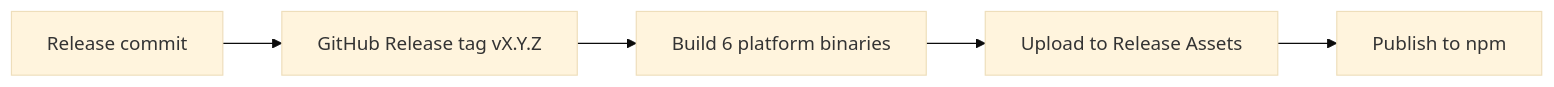
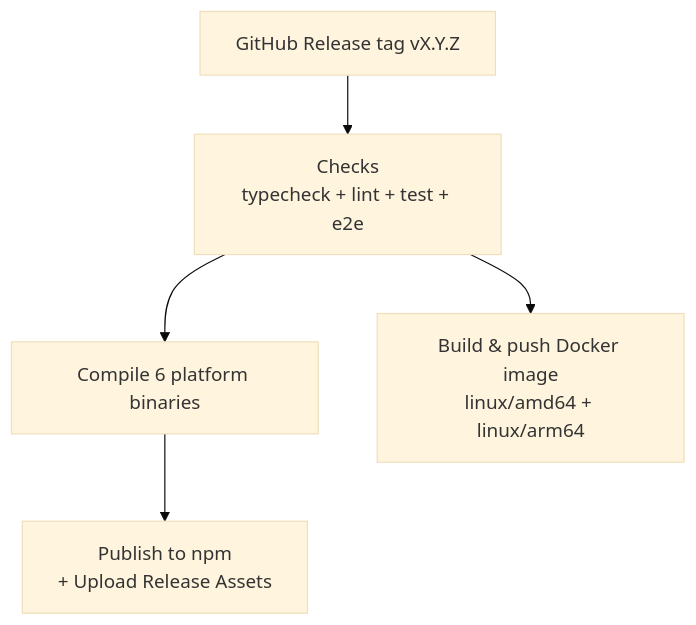
Before and after one commit to zamelee/GodeX: the diagram in wiki/09-deployment/ci-cd.md, drawn with Mermaid (base theme). The commit also changed other lines of this file and 3 other files, not shown here.

````diff
--- a/wiki/09-deployment/ci-cd.md
+++ b/wiki/09-deployment/ci-cd.md
@@ -20,10 +20,15 @@
 ```mermaid
-flowchart LR
-  COMMIT["Release commit"]
+flowchart TB
   TAG["GitHub Release tag vX.Y.Z"]
-  BUILD["Build 6 platform binaries"]
-  UPLOAD["Upload to Release Assets"]
-  PUBLISH["Publish to npm"]
 
-  COMMIT --> TAG --> BUILD --> UPLOAD --> PUBLISH
+  CHECKS["Checks<br/>typecheck + lint + test + e2e"]
+
+  COMPILE["Compile 6 platform binaries"]
+  PUBLISH["Publish to npm<br/>+ Upload Release Assets"]
+  DOCKER["Build & push Docker image<br/>linux/amd64 + linux/arm64"]
+
+  TAG --> CHECKS
+  CHECKS --> COMPILE
+  COMPILE --> PUBLISH
+  CHECKS --> DOCKER
 ```
````
